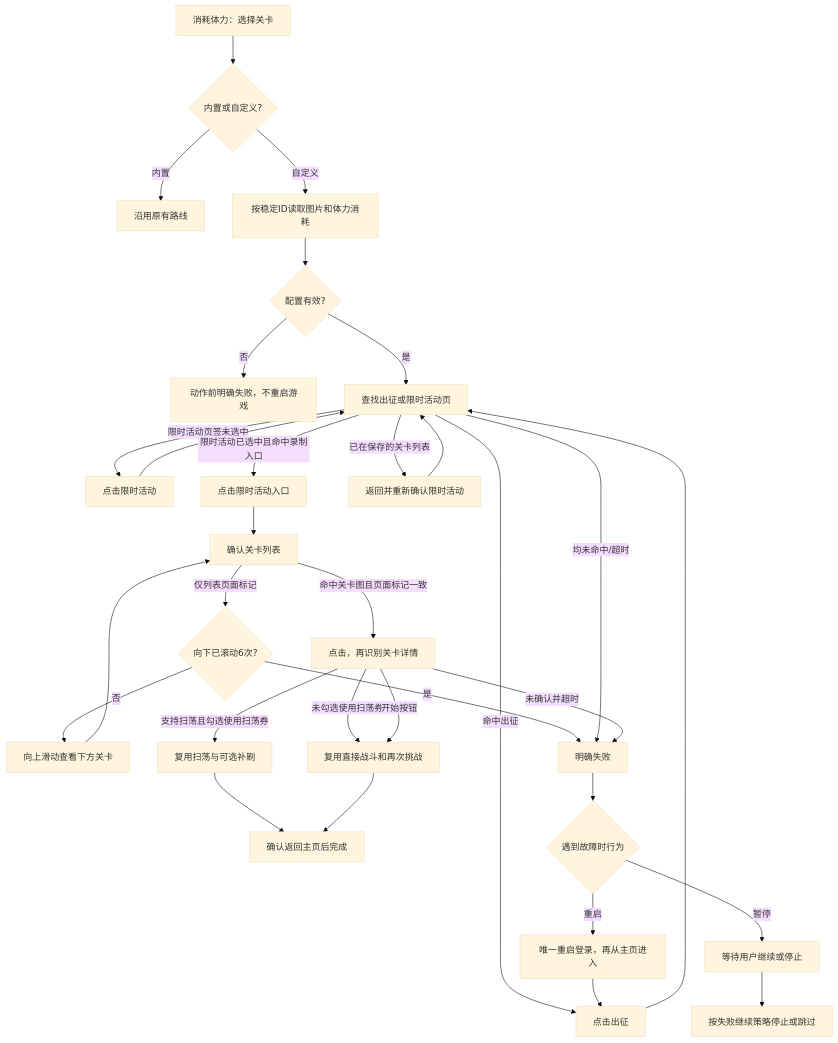
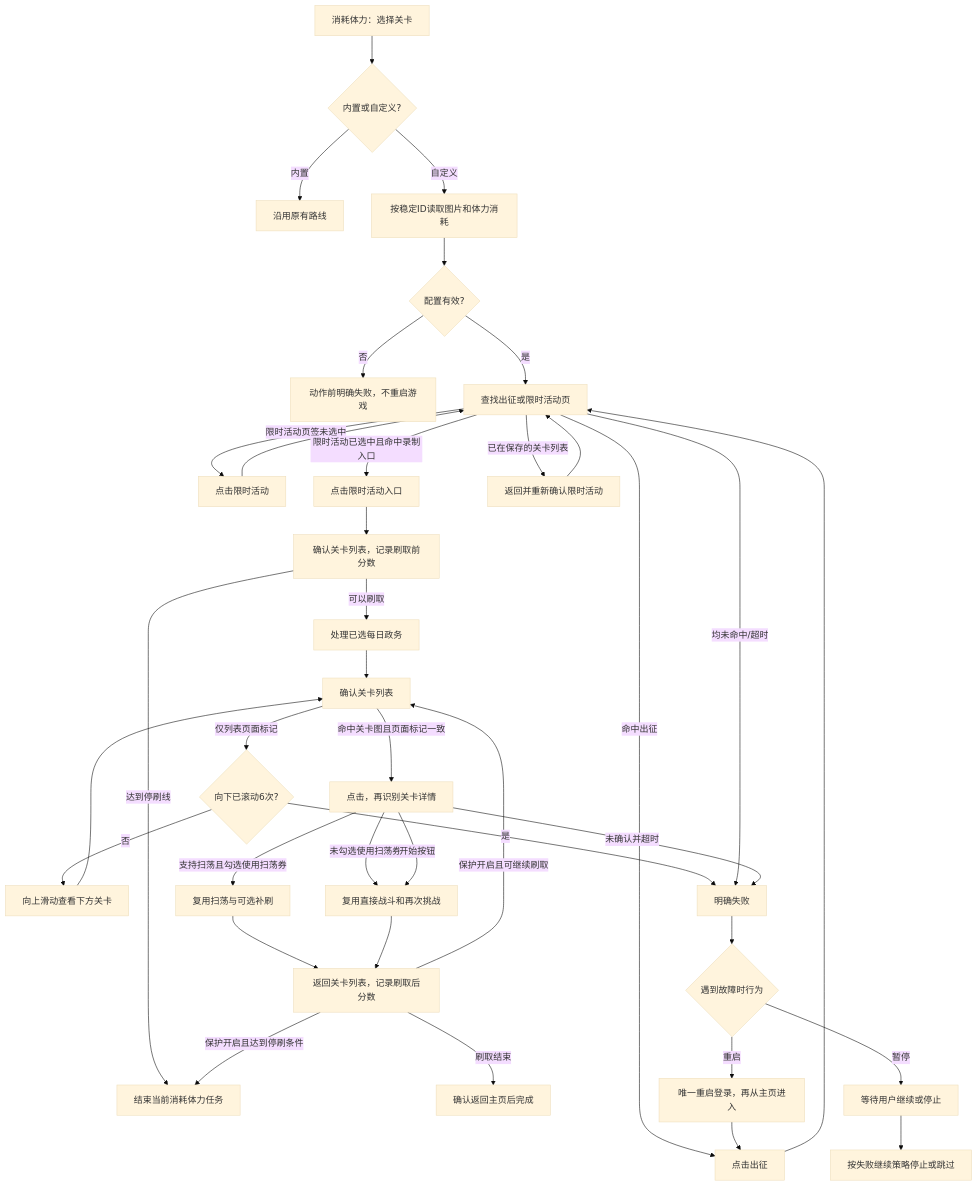
The diagram in docs/zh_cn/tasks/custom_stage.md (RShock/TKFMaaR), drawn with Mermaid (base theme) before and after one commit. The commit also changed other lines of this file and 4 other files, not shown here.

````diff
--- a/docs/zh_cn/tasks/custom_stage.md
+++ b/docs/zh_cn/tasks/custom_stage.md
@@ -39,34 +39,40 @@
 ```mermaid
 flowchart TD
     Select[消耗体力：选择关卡] --> Kind{内置或自定义?}
     Kind -->|内置| Builtin[沿用原有路线]
     Kind -->|自定义| Config[按稳定ID读取图片和体力消耗]
     Config --> Valid{配置有效?}
     Valid -->|否| Invalid[动作前明确失败，不重启游戏]
     Valid -->|是| Router[查找出征或限时活动页]
     Router -->|命中出征| Home[点击出征]
     Home --> Router
     Router -->|限时活动页签未选中| Tab[点击限时活动]
     Tab --> Router
     Router -->|限时活动已选中且命中录制入口| Entry[点击限时活动入口]
     Router -->|已在保存的关卡列表| Back[返回并重新确认限时活动]
     Back --> Router
-    Entry --> ListRouter[确认关卡列表]
+    Entry --> Before[确认关卡列表，记录刷取前分数]
+    Before -->|达到停刷线| Stop[结束当前消耗体力任务]
+    Before -->|可以刷取| Affairs[处理已选每日政务]
+    Affairs --> ListRouter[确认关卡列表]
     ListRouter -->|命中关卡图且页面标记一致| Stage[点击，再识别关卡详情]
     ListRouter -->|仅列表页面标记| List{向下已滚动6次?}
     List -->|否| Swipe[向上滑动查看下方关卡]
     Swipe --> ListRouter
     List -->|是| Failed[明确失败]
     Router -->|均未命中/超时| Failed
     Stage -->|支持扫荡且勾选使用扫荡券| Sweep[复用扫荡与可选补刷]
     Stage -->|未勾选使用扫荡券| Battle
     Stage -->|开始按钮| Battle[复用直接战斗和再次挑战]
     Stage -->|未确认并超时| Failed
-    Sweep --> Main[确认返回主页后完成]
-    Battle --> Main
+    Sweep --> After[返回关卡列表，记录刷取后分数]
+    Battle --> After
+    After -->|保护开启且达到停刷条件| Stop
+    After -->|保护开启且可继续刷取| ListRouter
+    After -->|刷取结束| Main[确认返回主页后完成]
     Failed --> Recovery{遇到故障时行为}
     Recovery -->|重启| Restart[唯一重启登录，再从主页进入]
     Restart --> Home
     Recovery -->|暂停| Pause[等待用户继续或停止]
     Pause --> Final[按失败继续策略停止或跳过]
 ```
````
